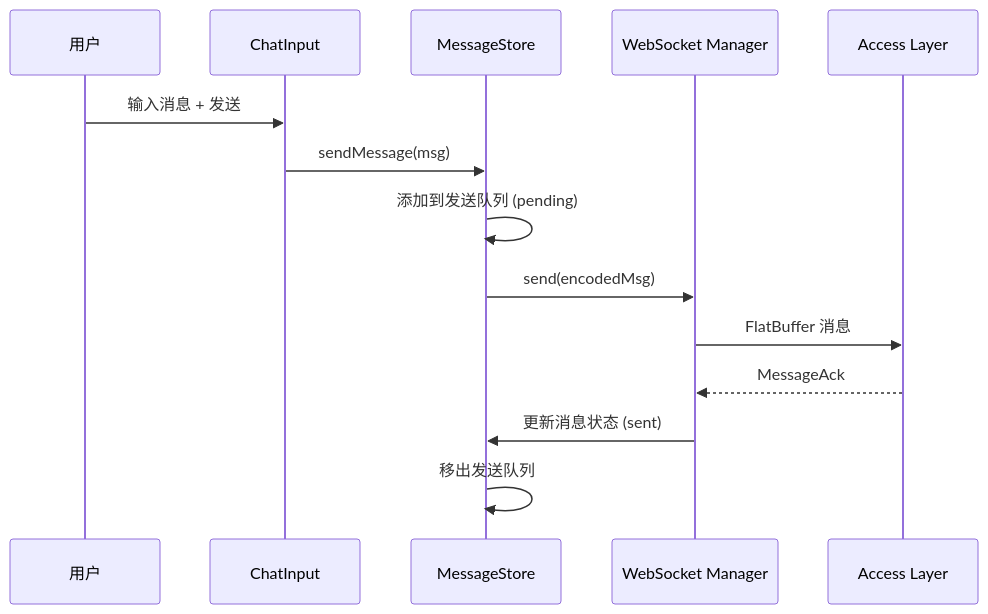
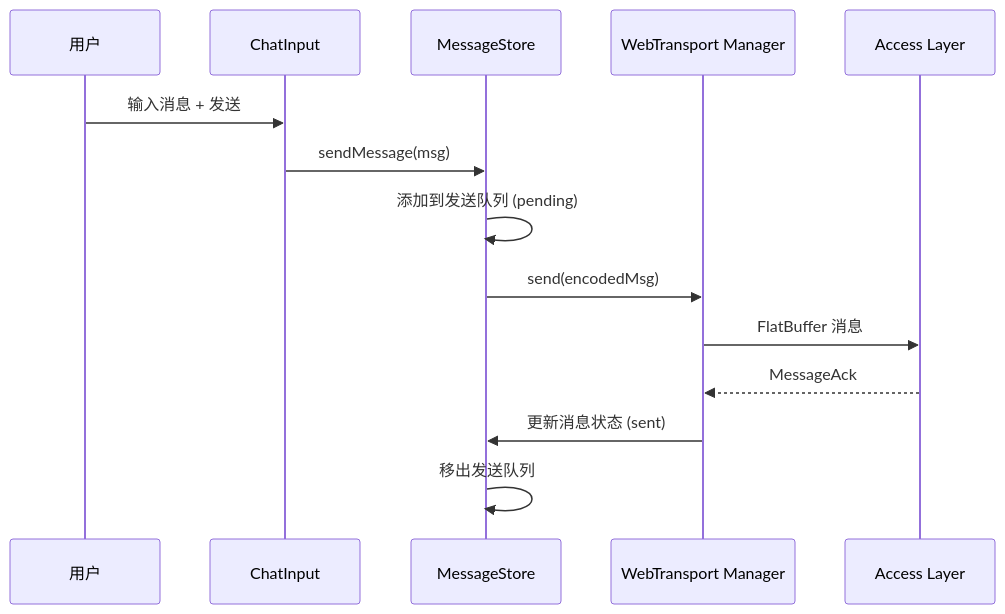
One commit to zhwillwintheworld/im-go changed the fifth of 8 diagrams in docs/web-client-architecture.md. Above: the diagram before and after it, drawn with Mermaid. The commit also changed other lines of this file and 87 other files, not shown here.

````diff
--- a/docs/web-client-architecture.md
+++ b/docs/web-client-architecture.md
@@ -305,17 +305,17 @@
 ```mermaid
 sequenceDiagram
     participant User as 用户
     participant Input as ChatInput
     participant Store as MessageStore
-    participant WS as WebSocket Manager
+    participant WT as WebTransport Manager
     participant Server as Access Layer
 
     User->>Input: 输入消息 + 发送
     Input->>Store: sendMessage(msg)
     Store->>Store: 添加到发送队列 (pending)
-    Store->>WS: send(encodedMsg)
-    WS->>Server: FlatBuffer 消息
-    Server-->>WS: MessageAck
-    WS->>Store: 更新消息状态 (sent)
+    Store->>WT: send(encodedMsg)
+    WT->>Server: FlatBuffer 消息
+    Server-->>WT: MessageAck
+    WT->>Store: 更新消息状态 (sent)
     Store->>Store: 移出发送队列
 ```
````
